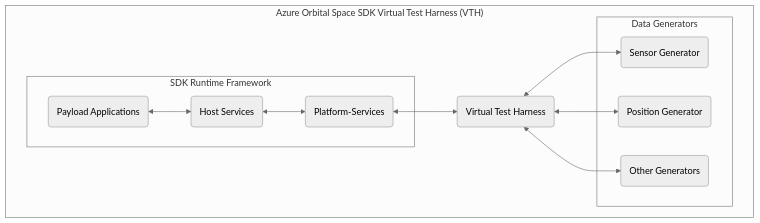
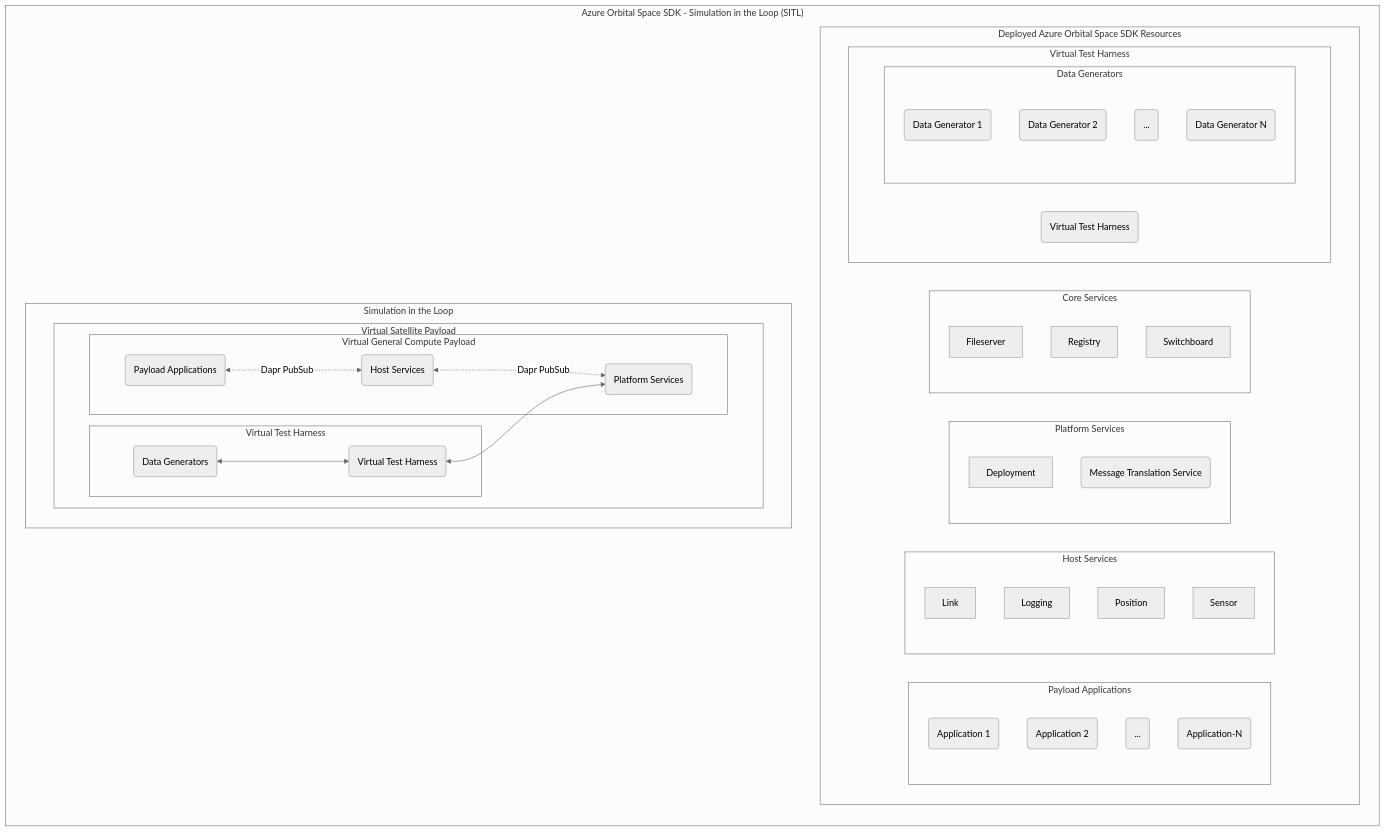
One commit to microsoft/azure-orbital-space-sdk changed the first of 2 diagrams in docs/architecture/virtual-test-harness/virtual-test-harness.md. Above: the diagram before and after it, drawn with Mermaid (neutral theme). The commit also changed other lines of this file and 1 other file, not shown here.

Commit message:
updates runtime framework and vth docs

````diff
--- a/docs/architecture/virtual-test-harness/virtual-test-harness.md
+++ b/docs/architecture/virtual-test-harness/virtual-test-harness.md
@@ -11,23 +17,61 @@
 ```mermaid
-flowchart TB
-  subgraph "Azure Orbital Space SDK Virtual Test Harness (VTH)"
-    direction LR
-    subgraph "SDK Runtime Framework"
-      Payload-Applications(Payload Applications)
-      Host-Services(Host Services)
-      Platform-Services(Platform-Services)
+flowchart LR
+    subgraph "Azure Orbital Space SDK - Simulation in the Loop (SITL)"
+        subgraph "Deployed Azure Orbital Space SDK Resources"
+            direction LR
+            subgraph "Payload Applications"
+                    direction TB
+                    Application-1(Application 1)
+                    Application-2(Application 2)
+                    ...(...)
+                    Application-N(Application-N)
+            end
+            subgraph "Host Services"
+                direction TB
+                Link
+                Logging
+                Position
+                Sensor
+            end
+            subgraph "Platform Services"
+                direction TB
+                Deployment
+                Message-Translation-Service(Message Translation Service)
+            end
+            subgraph "Core Services"
+                direction TB
+                Fileserver
+                Registry
+                Switchboard
+            end
+            subgraph "Virtual Test Harness"
+                direction LR
+                Virtual-Test-Harness(Virtual Test Harness)
+                subgraph "Data Generators"
+                    direction TB
+                    Data-Generator-1(Data Generator 1)
+                    Data-Generator-2(Data Generator 2)
+                    ....(...)
+                    Data-Generator-N(Data Generator N)
+                end
+            end
+        end
+        subgraph "Simulation in the Loop"
+            subgraph "Virtual Satellite Payload"
+                subgraph "Virtual General Compute Payload"
+                    Payload-Applications(Payload Applications)
+                    Host-Services(Host Services)
+                    Platform-Services(Platform Services)
+                    Payload-Applications  <-. Dapr PubSub .-> Host-Services
+                    Host-Services <-. Dapr PubSub .-> Platform-Services
+                end
+                subgraph "Virtual Test Harness"
+                    Data-Generators(Data Generators)
+                    VTH(Virtual Test Harness)
+                    VTH <--> Platform-Services
+                    Data-Generators <--> VTH
+                end
+            end
+        end
     end
-    VTH(Virtual Test Harness)
-    subgraph "Data Generators"
-      Sensor-Generator(Sensor Generator)
-      Position-Generator(Position Generator)
-      Other-Generators(Other Generators)
-    end
-    Payload-Applications <--> Host-Services
-    Host-Services <--> Platform-Services
-    Platform-Services <--> VTH
-    VTH <--> Sensor-Generator
-    VTH <--> Position-Generator
-    VTH <--> Other-Generators
-  end
 ```
````
